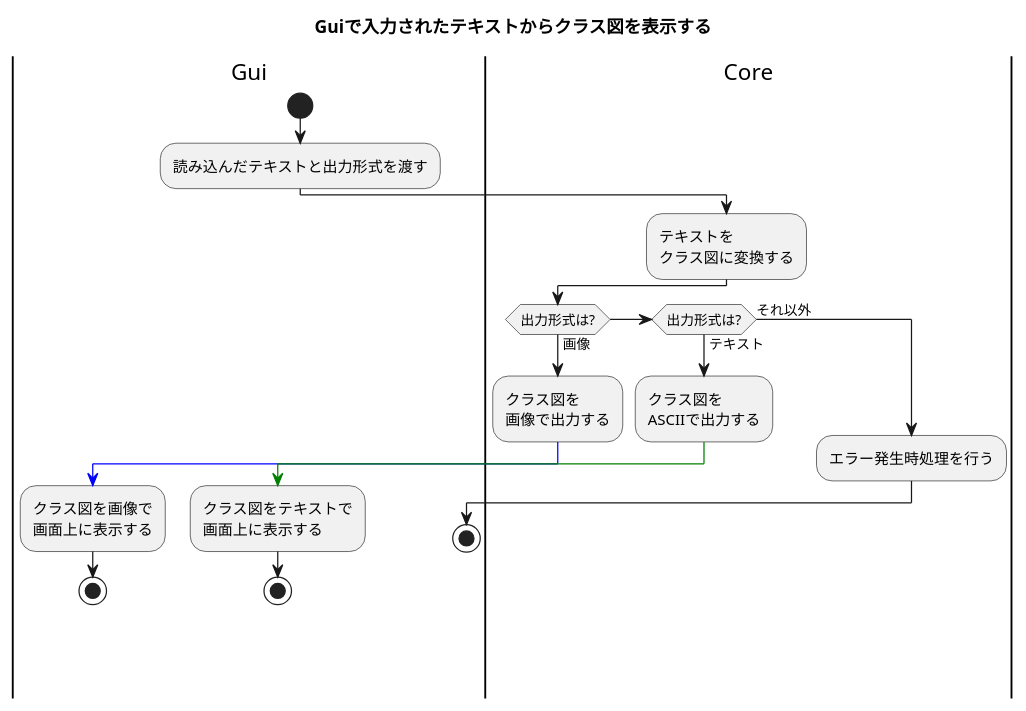
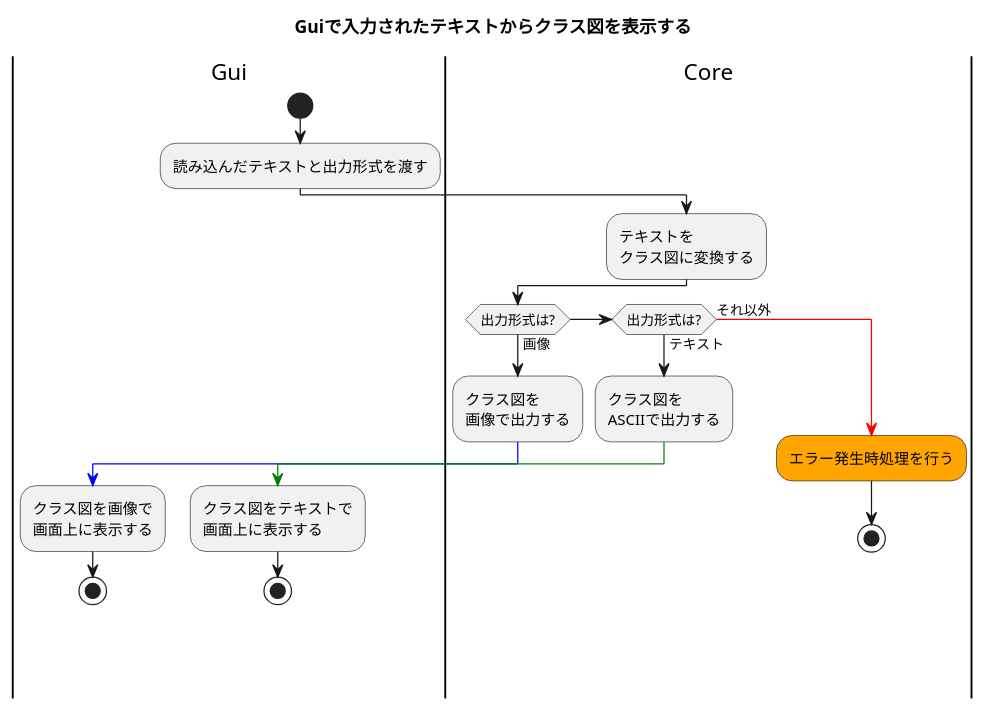
Before and after one commit to Pregum/UmlCreator: the diagram in Docs/UmlCreator.Gui/Activity/gui_display_class_diagram_activity.pu, drawn with PlantUML. The commit also changed 1 other file, not shown here.

Commit message:
[rename] file name rename IRootDiagram.cs to IRootNode.cs.

```diff
--- a/Docs/UmlCreator.Gui/Activity/gui_display_class_diagram_activity.pu
+++ b/Docs/UmlCreator.Gui/Activity/gui_display_class_diagram_activity.pu
@@ -1,31 +1,31 @@
 @startuml
 
 title Guiで入力されたテキストからクラス図を表示する
 
 |Gui|
 start
 :読み込んだテキストと出力形式を渡す;
 |Core|
 :テキストを\nクラス図に変換する;
 if (出力形式は?) then (画像)
   |Core|
   :クラス図を\n画像で出力する;
   -[#blue]->
   |Gui|
   :クラス図を画像で\n画面上に表示する;
   stop
 elseif (出力形式は?) then (テキスト)
   |Core|
   :クラス図を\nASCIIで出力する;
   |Gui|
   -[#green]->
   :クラス図をテキストで\n画面上に表示する;
   stop
 else (それ以外)
   |Core|
-  :エラー発生時処理を行う;
-  |Gui|
+  -[#red]->
+  #Orange:エラー発生時処理を行う;
   stop
 endif
 
 @enduml
```
